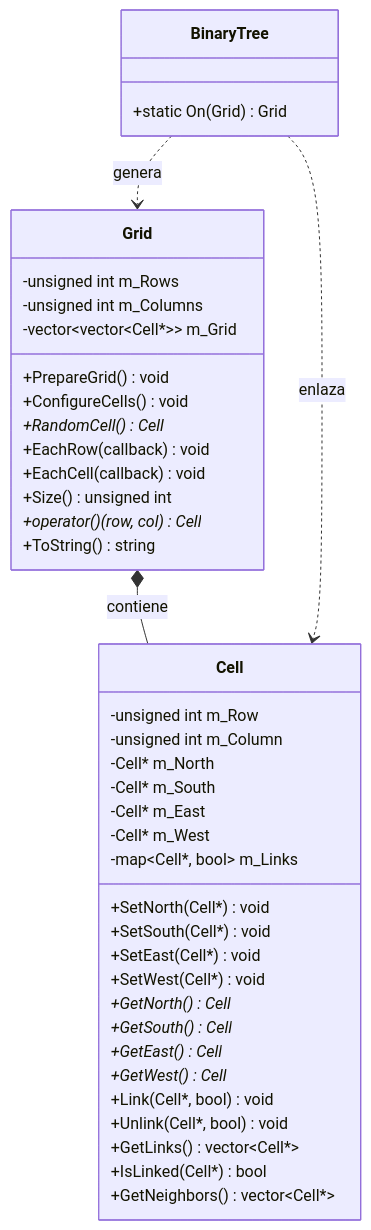
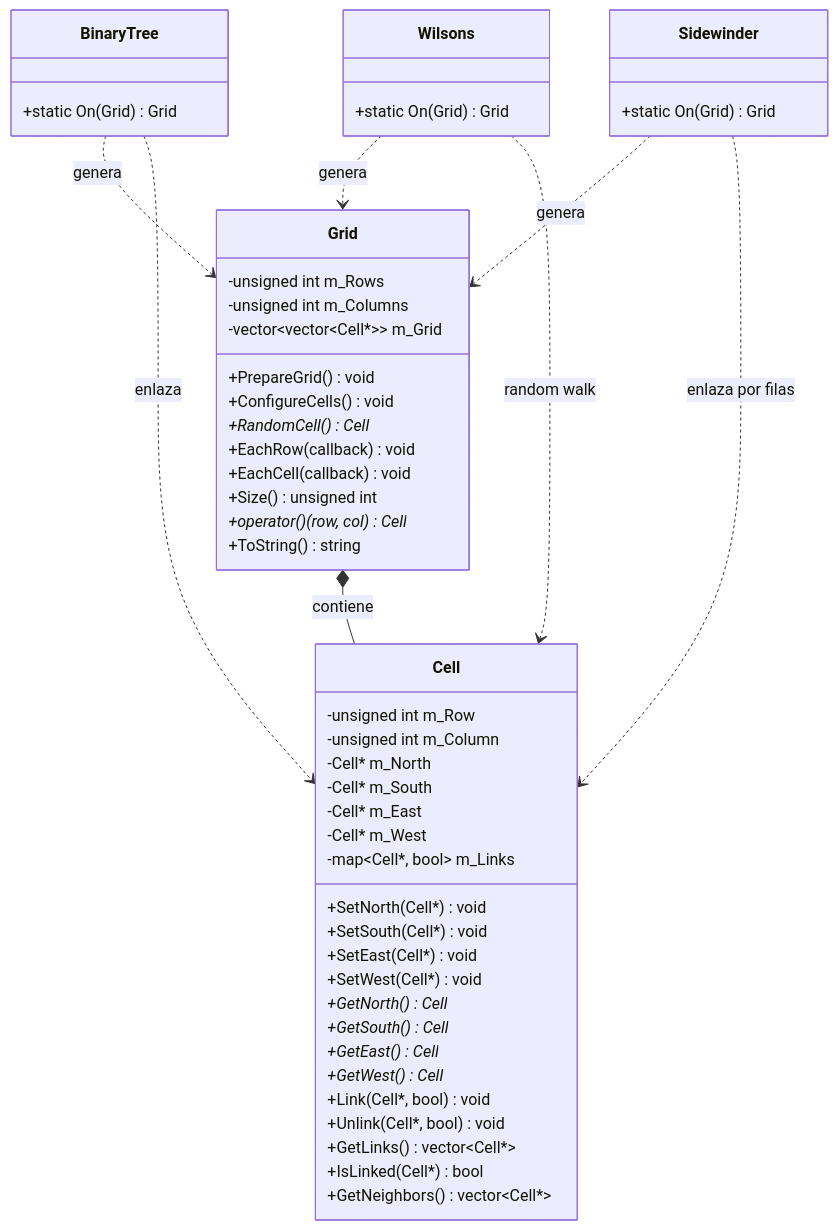
Before and after one commit to Tanque40/Lore: the third of 6 diagrams in README.md, drawn with Mermaid. The commit also changed other lines of this file and 5 other files, not shown here.

First line of the commit message:
Add Sidewinder and Wilsons maze generation algorithms

````diff
--- a/README.md
+++ b/README.md
@@ -313,47 +471,59 @@
 ```mermaid
 classDiagram
     class Cell {
         -unsigned int m_Row
         -unsigned int m_Column
         -Cell* m_North
         -Cell* m_South
         -Cell* m_East
         -Cell* m_West
         -map~Cell*, bool~ m_Links
         +SetNorth(Cell*) void
         +SetSouth(Cell*) void
         +SetEast(Cell*) void
         +SetWest(Cell*) void
         +GetNorth() Cell*
         +GetSouth() Cell*
         +GetEast() Cell*
         +GetWest() Cell*
         +Link(Cell*, bool) void
         +Unlink(Cell*, bool) void
         +GetLinks() vector~Cell*~
         +IsLinked(Cell*) bool
         +GetNeighbors() vector~Cell*~
     }
 
     class Grid {
         -unsigned int m_Rows
         -unsigned int m_Columns
         -vector~vector~Cell*~~ m_Grid
         +PrepareGrid() void
         +ConfigureCells() void
         +RandomCell() Cell*
         +EachRow(callback) void
         +EachCell(callback) void
         +Size() unsigned int
         +operator()(row, col) Cell*
         +ToString() string
     }
 
     class BinaryTree {
         +static On(Grid) Grid
     }
 
+    class Wilsons {
+        +static On(Grid) Grid
+    }
+
+    class Sidewinder {
+        +static On(Grid) Grid
+    }
+
     Grid *-- Cell : contiene
     BinaryTree ..> Grid : genera
     BinaryTree ..> Cell : enlaza
+    Wilsons ..> Grid : genera
+    Wilsons ..> Cell : random walk
+    Sidewinder ..> Grid : genera
+    Sidewinder ..> Cell : enlaza por filas
 ```
````
